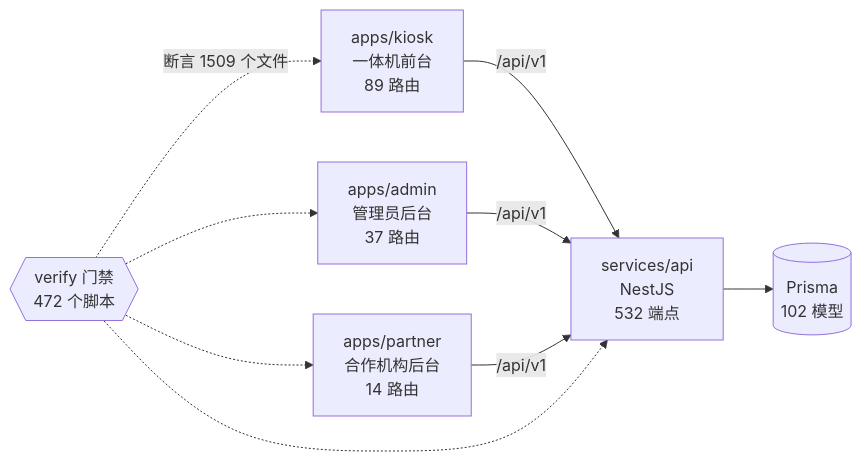
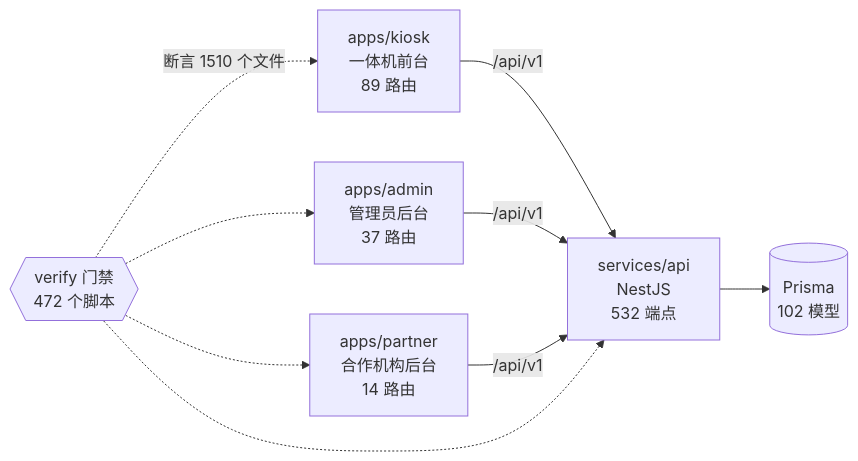
Before and after one commit to wanglei581/YITIJI: the diagram in docs/graph/README.md, drawn with Mermaid. The commit also changed other lines of this file and 4 other files, not shown here.

````diff
--- a/docs/graph/README.md
+++ b/docs/graph/README.md
@@ -68,18 +68,18 @@
 ```mermaid
 flowchart LR
   kiosk["apps/kiosk<br/>一体机前台<br/>89 路由"]
   admin["apps/admin<br/>管理员后台<br/>37 路由"]
   partner["apps/partner<br/>合作机构后台<br/>14 路由"]
   api["services/api<br/>NestJS<br/>532 端点"]
   db[("Prisma<br/>102 模型")]
   gates{{"verify 门禁<br/>472 个脚本"}}
 
   kiosk -->|"/api/v1"| api
   admin -->|"/api/v1"| api
   partner -->|"/api/v1"| api
   api --> db
-  gates -.->|"断言 1509 个文件"| kiosk
+  gates -.->|"断言 1510 个文件"| kiosk
   gates -.-> admin
   gates -.-> partner
   gates -.-> api
 ```
````
